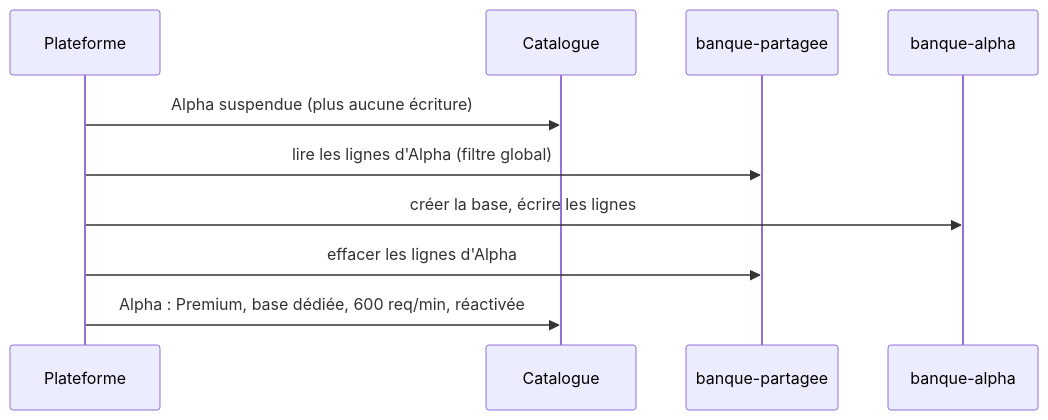
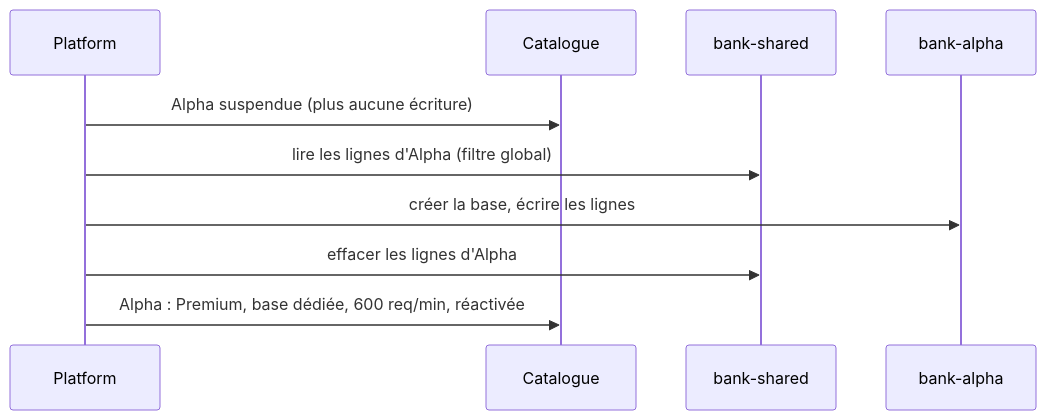
One commit to drangoht/ArchitecturesDemo changed the fifth of 5 diagrams in Docs/15-multi-tenant.md. Above: the diagram before and after it, drawn with Mermaid. The commit also changed other lines of this file and 70 other files, not shown here.

Commit message:
Docs FR : identifiants, liens, diagrammes et sorties alignés sur le code anglais

````diff
--- a/Docs/15-multi-tenant.md
+++ b/Docs/15-multi-tenant.md
@@ -234,12 +234,12 @@
 ```mermaid
 sequenceDiagram
-    participant P as Plateforme
+    participant P as Platform
     participant Cat as Catalogue
-    participant S as banque-partagee
-    participant D as banque-alpha
+    participant S as bank-shared
+    participant D as bank-alpha
     P->>Cat: Alpha suspendue (plus aucune écriture)
     P->>S: lire les lignes d'Alpha (filtre global)
     P->>D: créer la base, écrire les lignes
     P->>S: effacer les lignes d'Alpha
     P->>Cat: Alpha : Premium, base dédiée, 600 req/min, réactivée
 ```
````
